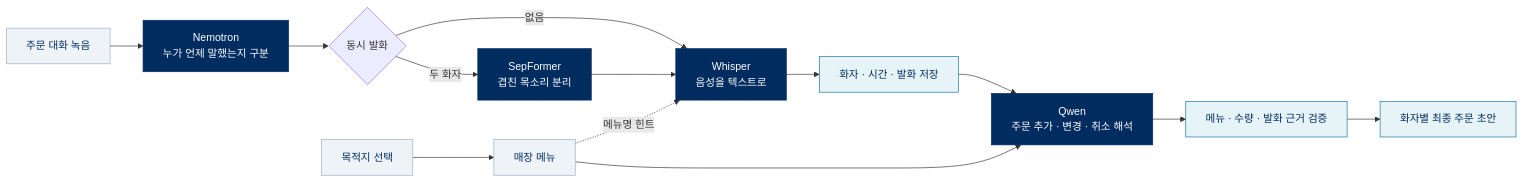
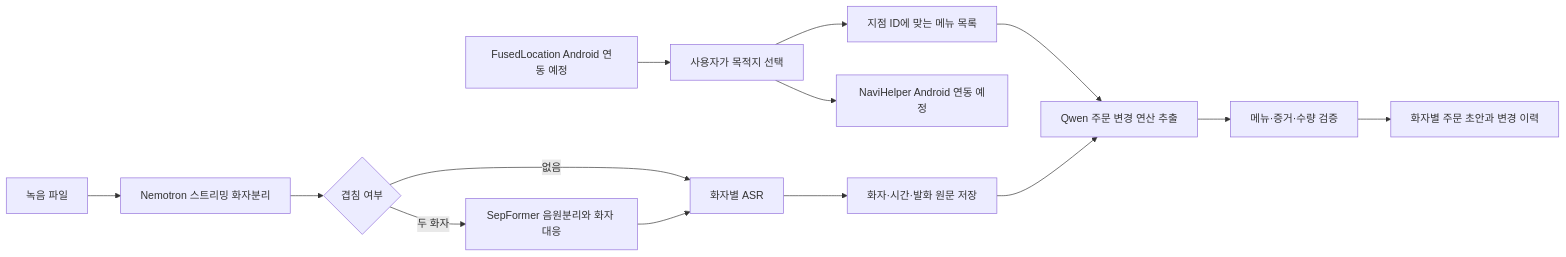
One commit to ssonniee/hyundai-moaorder changed the diagram in README.md. Above: the diagram before and after it, drawn with Mermaid. The commit also changed other lines of this file, not shown here.

Commit message:
docs: restore original pipeline diagram

````diff
--- a/README.md
+++ b/README.md
@@ -24,22 +24,16 @@
 ```mermaid
 flowchart LR
-    A["목적지 선택"] --> M["매장 메뉴"]
-    B["주문 대화 녹음"] --> D["Nemotron<br/>누가 언제 말했는지 구분"]
-    D --> H{"동시 발화"}
-    H -->|"없음"| W["Whisper<br/>음성을 텍스트로"]
-    H -->|"두 화자"| S["SepFormer<br/>겹친 목소리 분리"]
-    S --> W
-    M -.->|"메뉴명 힌트"| W
-    W --> T["화자 · 시간 · 발화 저장"]
-    T --> Q["Qwen<br/>주문 추가 · 변경 · 취소 해석"]
-    M --> Q
-    Q --> V["메뉴 · 수량 · 발화 근거 검증"]
-    V --> O["화자별 최종 주문 초안"]
-
-    classDef input fill:#eef3f8,stroke:#96afc7,color:#002c5f;
-    classDef model fill:#002c5f,stroke:#002c5f,color:#fff;
-    classDef output fill:#e6f3f7,stroke:#1674a5,color:#002c5f;
-    class A,B,M input;
-    class D,S,W,Q model;
-    class T,V,O output;
+  A[사용자가 목적지 선택] --> B[지점 ID에 맞는 메뉴 목록]
+  A --> N[NaviHelper Android 연동 예정]
+  L[FusedLocation Android 연동 예정] --> A
+  W[녹음 파일] --> D[Nemotron 스트리밍 화자분리]
+  D --> S{겹침 여부}
+  S -->|없음| R[화자별 ASR]
+  S -->|두 화자| P[SepFormer 음원분리와 화자 대응]
+  P --> R
+  R --> T[화자·시간·발화 원문 저장]
+  B --> Q[Qwen 주문 변경 연산 추출]
+  T --> Q
+  Q --> V[메뉴·증거·수량 검증]
+  V --> O[화자별 주문 초안과 변경 이력]
 ```
````
